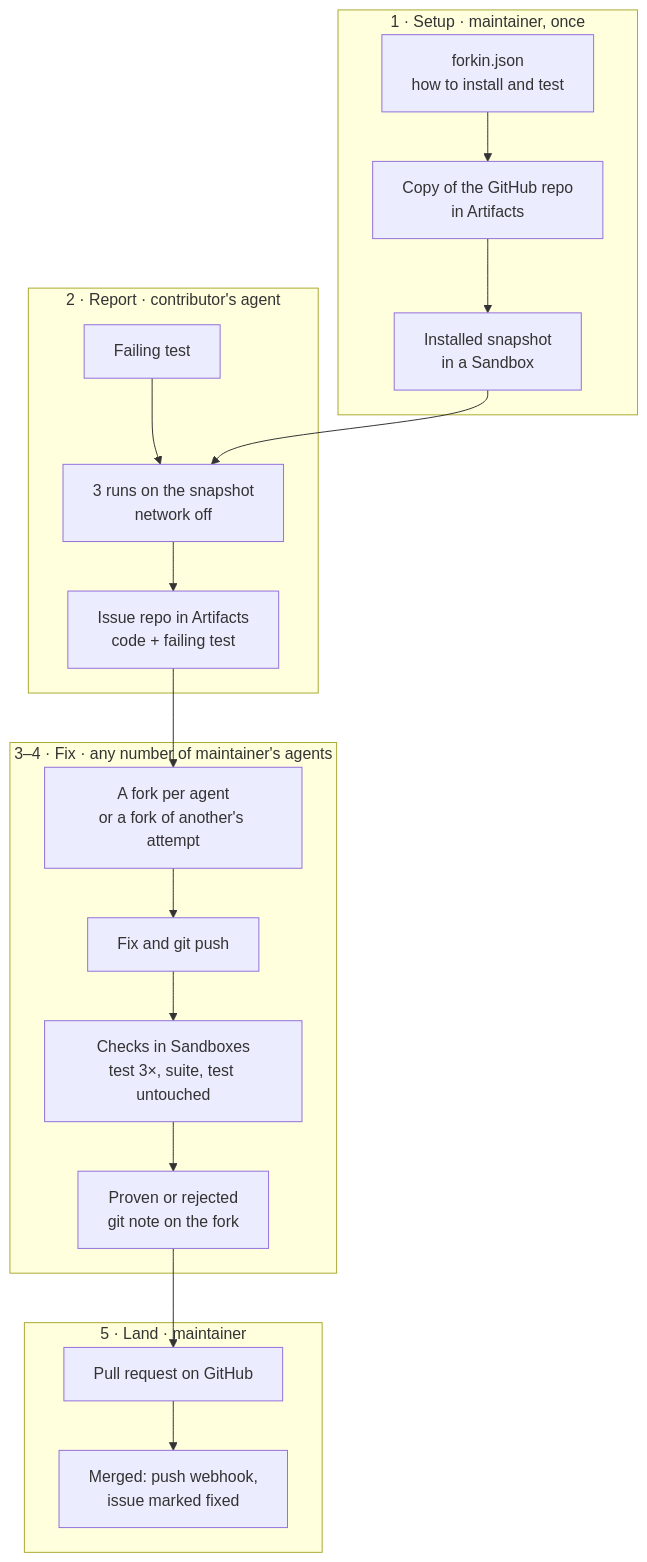
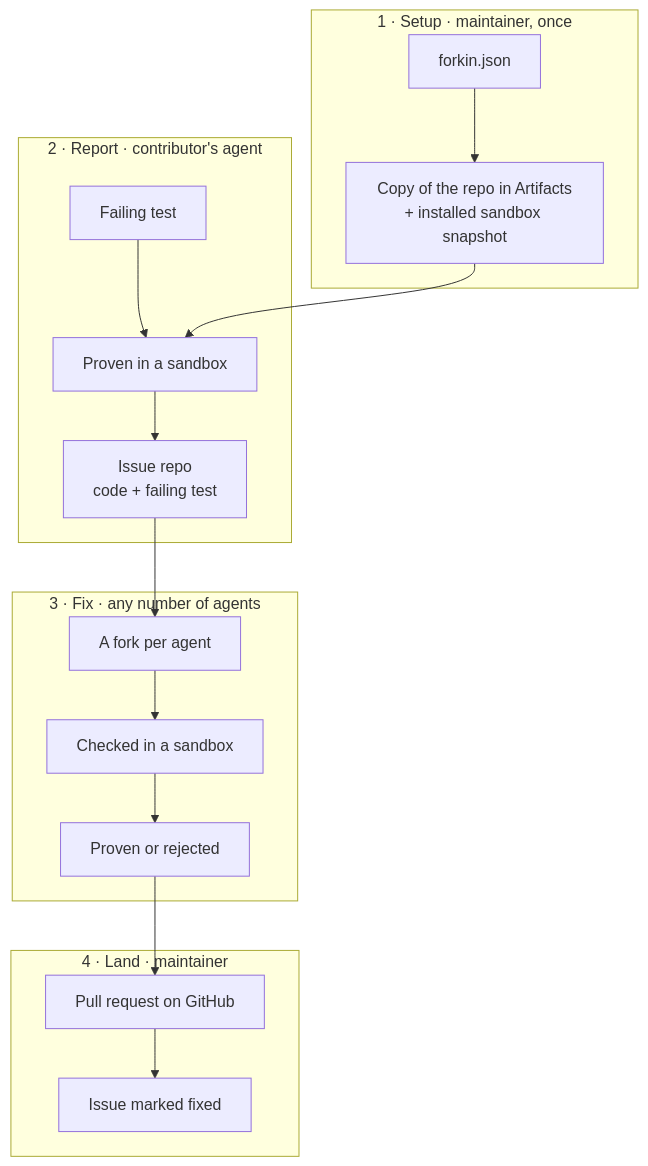
One commit to urjitc/forkin changed the diagram in README.md. Above: the diagram before and after it, drawn with Mermaid. The commit also changed other lines of this file, not shown here.

Commit message:
docs: four steps and one diagram

````diff
--- a/README.md
+++ b/README.md
@@ -50,22 +11,22 @@
 ```mermaid
 flowchart TB
     subgraph setup["1 · Setup · maintainer, once"]
-        config["forkin.json<br/>how to install and test"] --> copy["Copy of the GitHub repo<br/>in Artifacts"] --> snapshot["Installed snapshot<br/>in a Sandbox"]
+        config["forkin.json"] --> snapshot["Copy of the repo in Artifacts<br/>+ installed sandbox snapshot"]
     end
 
     subgraph report["2 · Report · contributor's agent"]
-        test["Failing test"] --> runs["3 runs on the snapshot<br/>network off"] --> issue["Issue repo in Artifacts<br/>code + failing test"]
+        test["Failing test"] --> proven["Proven in a sandbox"] --> issue["Issue repo<br/>code + failing test"]
     end
 
-    subgraph fix["3–4 · Fix · any number of maintainer's agents"]
-        forks["A fork per agent<br/>or a fork of another's attempt"] --> push["Fix and git push"] --> check["Checks in Sandboxes<br/>test 3×, suite, test untouched"] --> verdict["Proven or rejected<br/>git note on the fork"]
+    subgraph fix["3 · Fix · any number of agents"]
+        forks["A fork per agent"] --> check["Checked in a sandbox"] --> verdict["Proven or rejected"]
     end
 
-    subgraph land["5 · Land · maintainer"]
-        pr["Pull request on GitHub"] --> merged["Merged: push webhook,<br/>issue marked fixed"]
+    subgraph land["4 · Land · maintainer"]
+        pr["Pull request on GitHub"] --> fixed["Issue marked fixed"]
     end
 
-    snapshot --> runs
+    snapshot --> proven
     issue --> forks
     verdict --> pr
 ```
````
